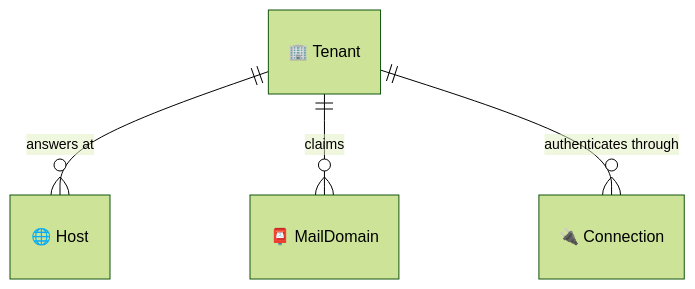
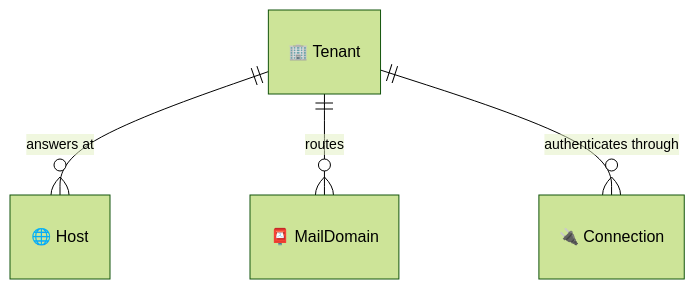
The seventh of 7 diagrams in docs/entity.md (lesomnus/roster), drawn with Mermaid (forest theme) before and after one commit. The commit also changed other lines of this file, not shown here.

````diff
--- a/docs/entity.md
+++ b/docs/entity.md
@@ -461,6 +462,6 @@
 ```mermaid
 erDiagram
   "🏢 Tenant"  ||--o{  "🌐 Host" : "answers at"
-  "🏢 Tenant"  ||--o{  "📮 MailDomain" : "claims"
+  "🏢 Tenant"  ||--o{  "📮 MailDomain" : "routes"
   "🏢 Tenant"  ||--o{  "🔌 Connection" : "authenticates through"
 ```
````
